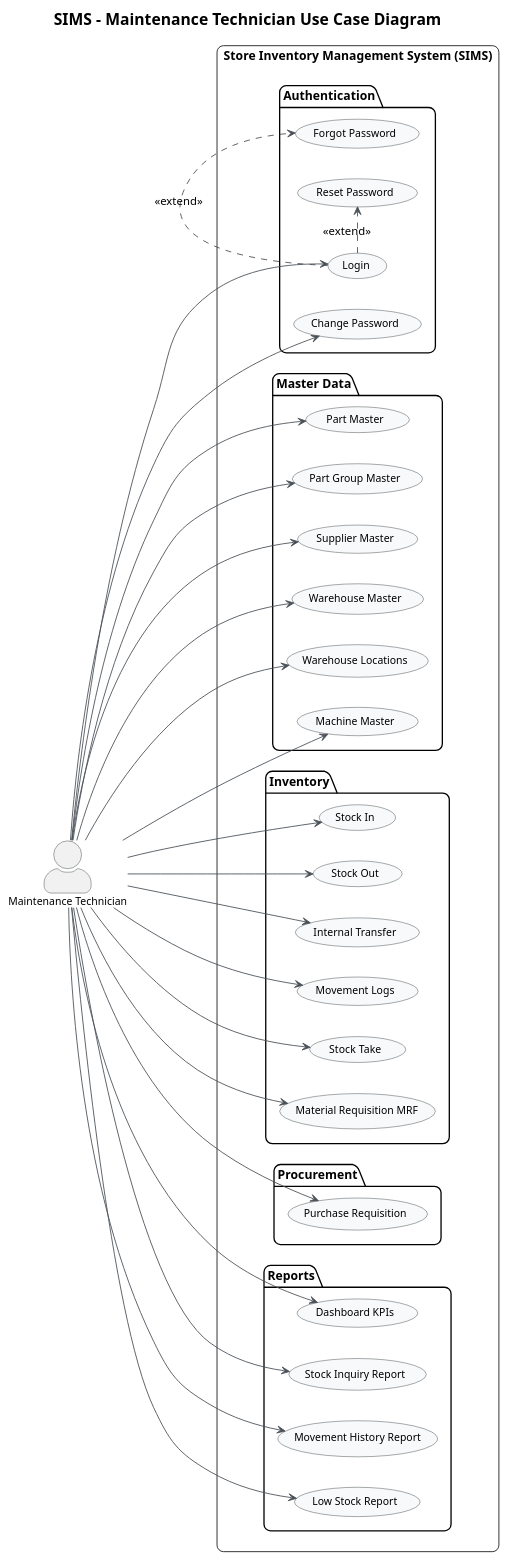
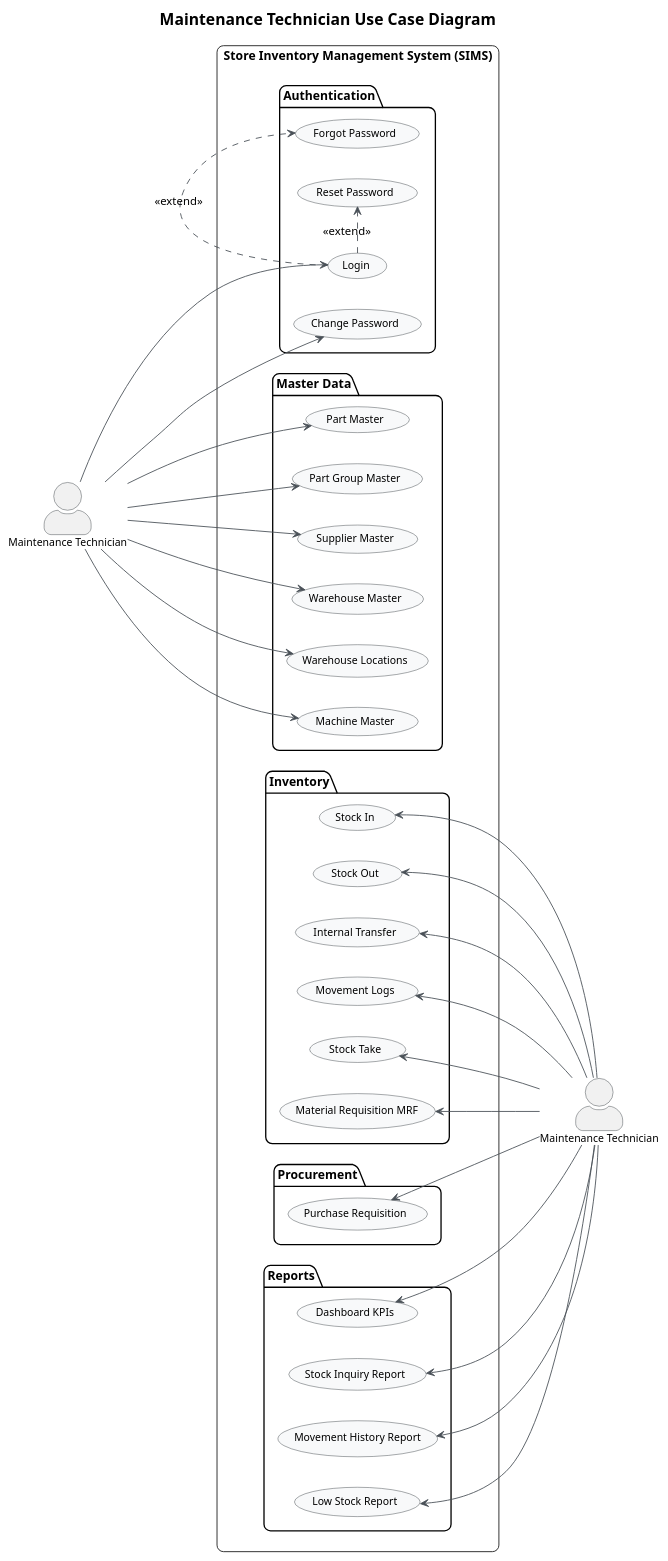
Before and after one commit to syazwan-nazri/AD-XPDC: the diagram in UseCaseDiagram/use-case-maintenance.puml, drawn with PlantUML. The commit also changed 8 other files, not shown here.

```diff
--- a/UseCaseDiagram/use-case-maintenance.puml
+++ b/UseCaseDiagram/use-case-maintenance.puml
@@ -1,79 +1,82 @@
 @startuml SIMS_Use_Case_Maintenance
 left to right direction
 
 skinparam ActorStyle awesome
 skinparam Shadowing false
 skinparam RoundCorner 15
 skinparam ArrowColor #495057
 skinparam UsecaseBackgroundColor #F8F9FA
 skinparam UsecaseBorderColor #343A40
 skinparam ActorBorderColor #343A40
 skinparam ActorFontSize 12
 skinparam UsecaseFontSize 12
 
-title <size:18><b>SIMS - Maintenance Technician Use Case Diagram</b></size>
+title <size:18><b>Maintenance Technician Use Case Diagram</b></size>
 
-actor "Maintenance Technician" as MT
+actor "Maintenance Technician" as MT_left
 
 rectangle "Store Inventory Management System (SIMS)" as SIMS {
   package "Authentication" {
     (Login) as UC_Login
     (Forgot Password) as UC_ForgotPassword
     (Reset Password) as UC_ResetPassword
     (Change Password) as UC_ChangePassword
   }
 
   package "Master Data" {
     (Part Master) as UC_PartMaster
     (Part Group Master) as UC_PartGroupMaster
     (Supplier Master) as UC_SupplierMaster
     (Warehouse Master) as UC_WarehouseMaster
     (Warehouse Locations) as UC_WarehouseLocations
     (Machine Master) as UC_MachineMaster
   }
 
   package "Inventory" {
     (Stock In) as UC_StockIn
     (Stock Out) as UC_StockOut
     (Internal Transfer) as UC_InternalTransfer
     (Movement Logs) as UC_MovementLogs
     (Stock Take) as UC_StockTake
     (Material Requisition MRF) as UC_MRF
   }
 
   package "Procurement" {
     (Purchase Requisition) as UC_PurchaseRequisition
   }
 
   package "Reports" {
     (Dashboard KPIs) as UC_Dashboard
     (Stock Inquiry Report) as UC_StockInquiry
     (Movement History Report) as UC_MovementHistory
     (Low Stock Report) as UC_LowStock
   }
 }
 
-MT --> UC_Login
-MT --> UC_ChangePassword
-MT --> UC_PartMaster
-MT --> UC_PartGroupMaster
-MT --> UC_SupplierMaster
-MT --> UC_WarehouseMaster
-MT --> UC_WarehouseLocations
-MT --> UC_MachineMaster
-MT --> UC_StockIn
-MT --> UC_StockOut
-MT --> UC_InternalTransfer
-MT --> UC_MovementLogs
-MT --> UC_StockTake
-MT --> UC_MRF
-MT --> UC_PurchaseRequisition
-MT --> UC_Dashboard
-MT --> UC_StockInquiry
-MT --> UC_MovementHistory
-MT --> UC_LowStock
+actor "Maintenance Technician" as MT_right
+
+MT_left --> UC_Login
+MT_left --> UC_ChangePassword
+MT_left --> UC_PartMaster
+MT_left --> UC_PartGroupMaster
+MT_left --> UC_SupplierMaster
+MT_left --> UC_WarehouseMaster
+MT_left --> UC_WarehouseLocations
+MT_left --> UC_MachineMaster
+
+UC_StockIn <-- MT_right
+UC_StockOut <-- MT_right
+UC_InternalTransfer <-- MT_right
+UC_MovementLogs <-- MT_right
+UC_StockTake <-- MT_right
+UC_MRF <-- MT_right
+UC_PurchaseRequisition <-- MT_right
+UC_Dashboard <-- MT_right
+UC_StockInquiry <-- MT_right
+UC_MovementHistory <-- MT_right
+UC_LowStock <-- MT_right
 
 UC_Login .> UC_ForgotPassword : <<extend>>
 UC_Login .> UC_ResetPassword : <<extend>>
 
 @enduml
```
